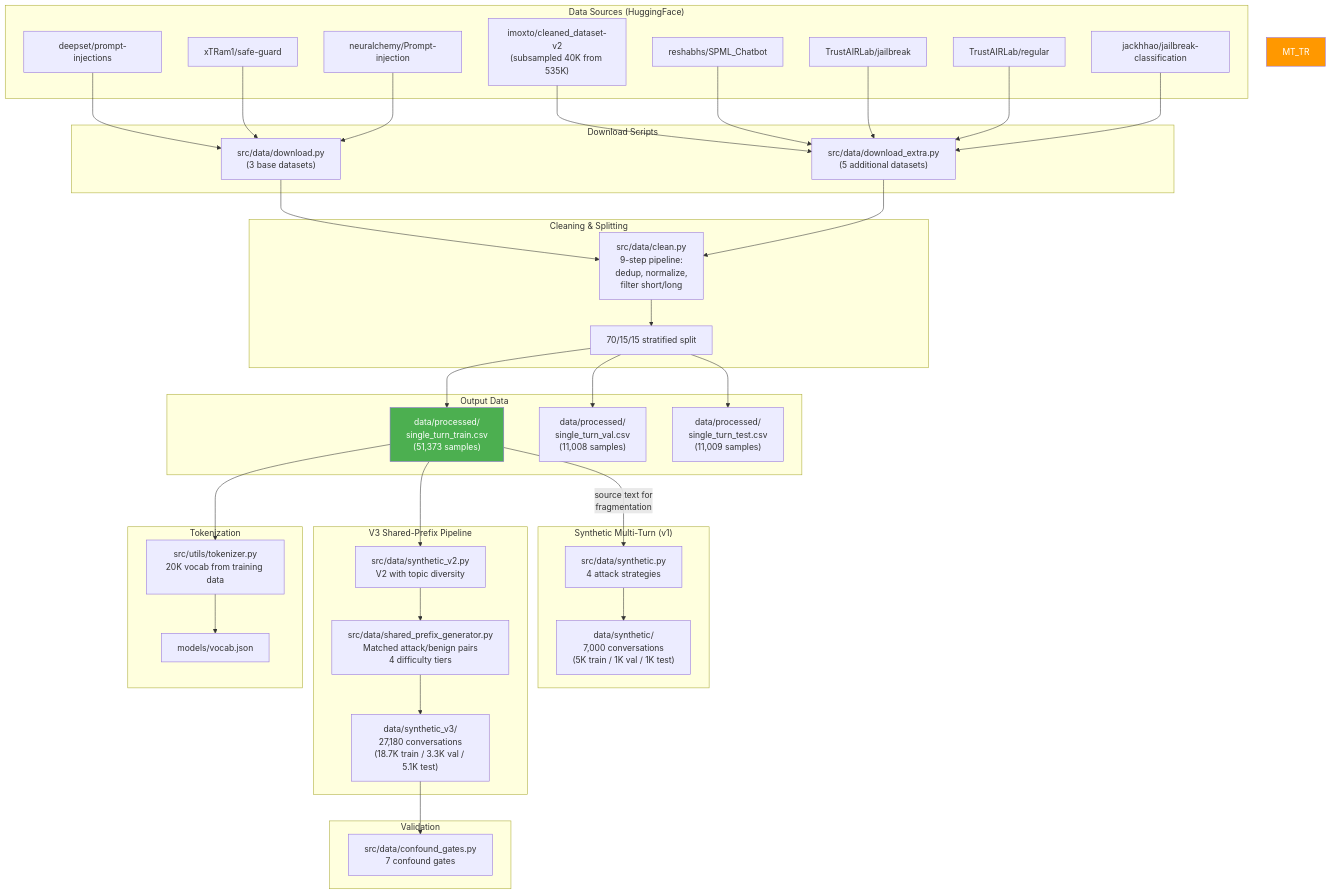
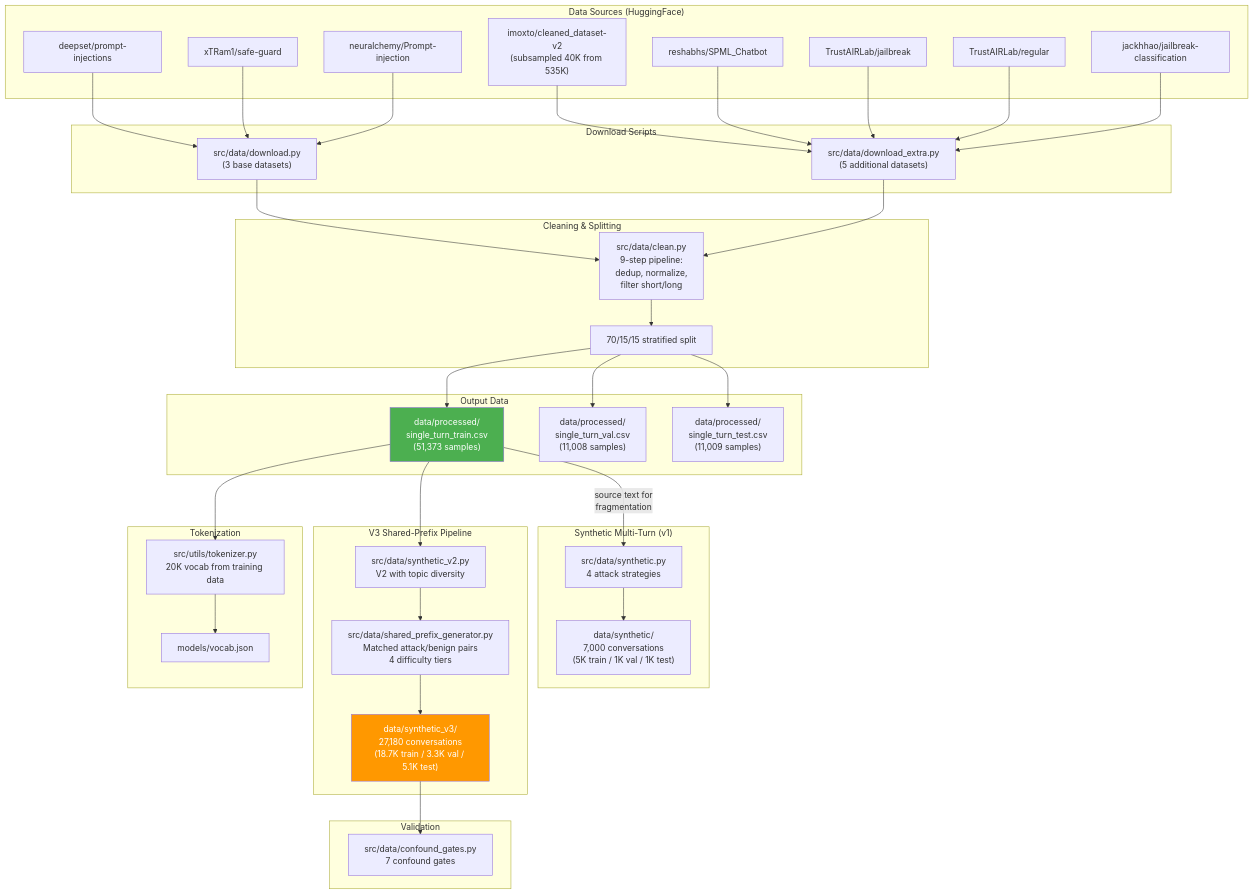
One commit to rocklambros/multiturn-injection-detection changed the first of 4 diagrams in README.md. Above: the diagram before and after it, drawn with Mermaid. The commit also changed 2 other files, not shown here.

Commit message:
Fix notebook v3 congruence and minor doc corrections
Notebook: update per-tier tables (cells 37, 45) to authoritative v3 values,
fix "+10" → "+13" percentage point claim, fix confound gate count
(3 fail → 4 fail, adding mean-vote BoW), fix "7.6" → "7.7" point gap,
label threshold-tuned F1=0.995 as v1-specific.

README: fix mermaid style targeting undefined MT_TR node → MT_V3.
ARCHITECTURE: correct mean-vote BoW threshold from <0.70 to <0.65 per JSON.

````diff
--- a/README.md
+++ b/README.md
@@ -120,68 +120,68 @@
 ```mermaid
 flowchart TD
     subgraph "Data Sources (HuggingFace)"
         HF1["deepset/prompt-injections"]
         HF2["xTRam1/safe-guard"]
         HF3["neuralchemy/Prompt-injection"]
         HF4["imoxto/cleaned_dataset-v2\n(subsampled 40K from 535K)"]
         HF5["reshabhs/SPML_Chatbot"]
         HF6["TrustAIRLab/jailbreak"]
         HF7["TrustAIRLab/regular"]
         HF8["jackhhao/jailbreak-classification"]
     end
 
     subgraph "Download Scripts"
         DL1["src/data/download.py\n(3 base datasets)"]
         DL2["src/data/download_extra.py\n(5 additional datasets)"]
     end
 
     subgraph "Cleaning & Splitting"
         CL["src/data/clean.py\n9-step pipeline:\ndedup, normalize,\nfilter short/long"]
         SP["70/15/15 stratified split"]
     end
 
     subgraph "Output Data"
         ST_TR["data/processed/\nsingle_turn_train.csv\n(51,373 samples)"]
         ST_VA["data/processed/\nsingle_turn_val.csv\n(11,008 samples)"]
         ST_TE["data/processed/\nsingle_turn_test.csv\n(11,009 samples)"]
     end
 
     HF1 & HF2 & HF3 --> DL1
     HF4 & HF5 & HF6 & HF7 & HF8 --> DL2
     DL1 --> CL
     DL2 --> CL
     CL --> SP
     SP --> ST_TR & ST_VA & ST_TE
 
     subgraph "Synthetic Multi-Turn (v1)"
         SY["src/data/synthetic.py\n4 attack strategies"]
         MT_V1["data/synthetic/\n7,000 conversations\n(5K train / 1K val / 1K test)"]
     end
 
     ST_TR -->|"source text for\nfragmentation"| SY
     SY --> MT_V1
 
     subgraph "V3 Shared-Prefix Pipeline"
         SV2["src/data/synthetic_v2.py\nV2 with topic diversity"]
         SPG["src/data/shared_prefix_generator.py\nMatched attack/benign pairs\n4 difficulty tiers"]
         MT_V3["data/synthetic_v3/\n27,180 conversations\n(18.7K train / 3.3K val / 5.1K test)"]
     end
 
     ST_TR --> SV2 --> SPG --> MT_V3
 
     subgraph "Validation"
         CG["src/data/confound_gates.py\n7 confound gates"]
     end
 
     MT_V3 --> CG
 
     subgraph "Tokenization"
         TOK["src/utils/tokenizer.py\n20K vocab from training data"]
         VOC["models/vocab.json"]
     end
 
     ST_TR --> TOK --> VOC
 
     style ST_TR fill:#4CAF50,color:#fff
-    style MT_TR fill:#FF9800,color:#fff
+    style MT_V3 fill:#FF9800,color:#fff
 ```
````
